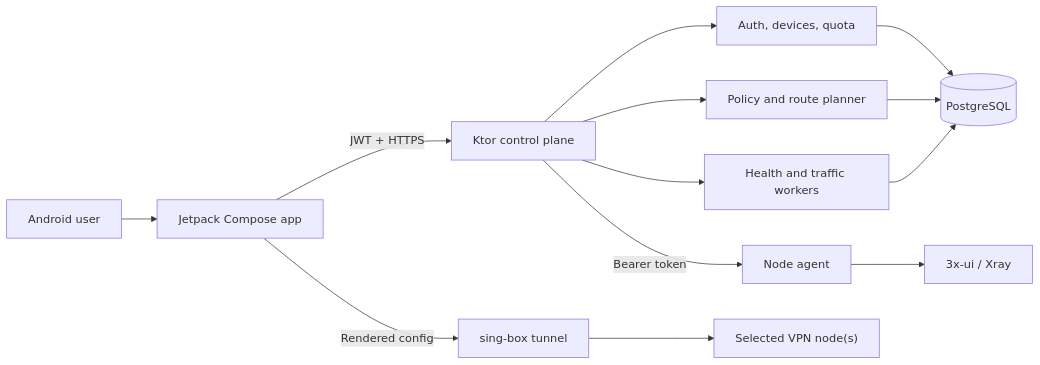
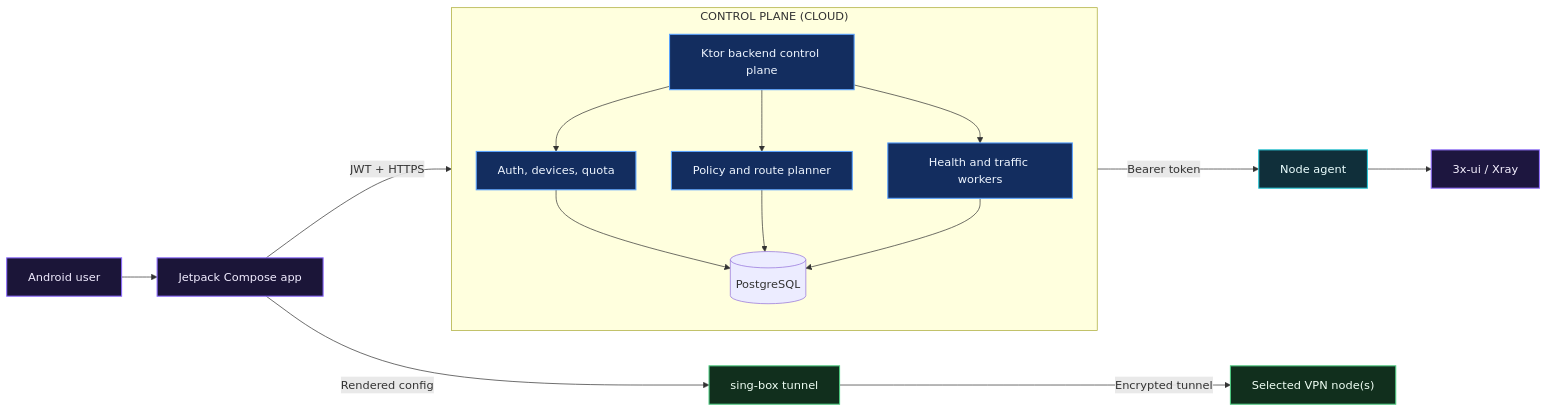
Before and after one commit to hoppa1231/ai-project: the diagram in README.md, drawn with Mermaid. The commit also changed 1 other file, not shown here.

Commit message:
Replace VPN architecture diagram

````diff
--- a/README.md
+++ b/README.md
@@ -53,15 +53,32 @@
 ```mermaid
 flowchart LR
-    U["Android user"] --> APP["Jetpack Compose app"]
-    APP -->|"JWT + HTTPS"| API["Ktor control plane"]
-    API --> AUTH["Auth, devices, quota"]
-    API --> PLAN["Policy and route planner"]
-    API --> HEALTH["Health and traffic workers"]
-    AUTH --> DB[("PostgreSQL")]
-    PLAN --> DB
-    HEALTH --> DB
-    API -->|"Bearer token"| AGENT["Node agent"]
-    AGENT --> PANEL["3x-ui / Xray"]
-    APP -->|"Rendered config"| BOX["sing-box tunnel"]
-    BOX --> NODE["Selected VPN node(s)"]
+    user["Android user"] --> app["Jetpack Compose app"]
+    app -->|"JWT + HTTPS"| controlPlane["Ktor backend control plane"]
+
+    subgraph cloud["CONTROL PLANE (CLOUD)"]
+        direction TB
+        controlPlane --> auth["Auth, devices, quota"]
+        controlPlane --> planner["Policy and route planner"]
+        controlPlane --> workers["Health and traffic workers"]
+        auth --> db[("PostgreSQL")]
+        planner --> db
+        workers --> db
+    end
+
+    controlPlane -->|"Bearer token"| agent["Node agent"]
+    agent --> panel["3x-ui / Xray"]
+    app -->|"Rendered config"| tunnel["sing-box tunnel"]
+    tunnel -->|"Encrypted tunnel"| node["Selected VPN node(s)"]
+
+    classDef appFill fill:#1b1538,stroke:#8c6bff,stroke-width:1.5px,color:#f1ecff;
+    classDef backendFill fill:#132d5f,stroke:#5ba3ff,stroke-width:1.5px,color:#eef5ff;
+    classDef infraFill fill:#102f3a,stroke:#28c7d7,stroke-width:1.5px,color:#ecffff;
+    classDef panelFill fill:#1d163f,stroke:#9371ff,stroke-width:1.5px,color:#f5f0ff;
+    classDef nodeFill fill:#112f1d,stroke:#4cc97f,stroke-width:1.5px,color:#f0fff5;
+
+    class user,app appFill;
+    class controlPlane,auth,planner,workers backendFill;
+    class agent,tunnel infraFill;
+    class panel panelFill;
+    class tunnel,node nodeFill;
 ```
````
